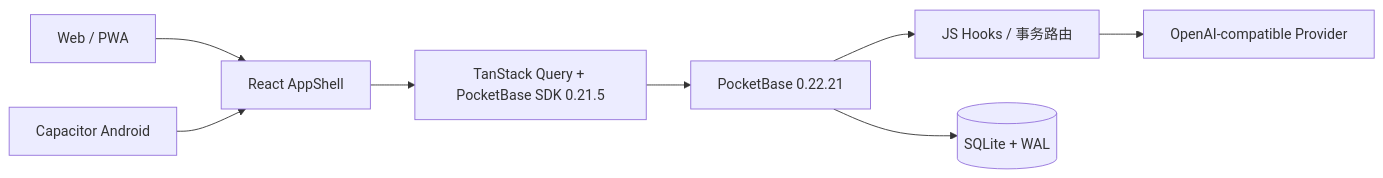
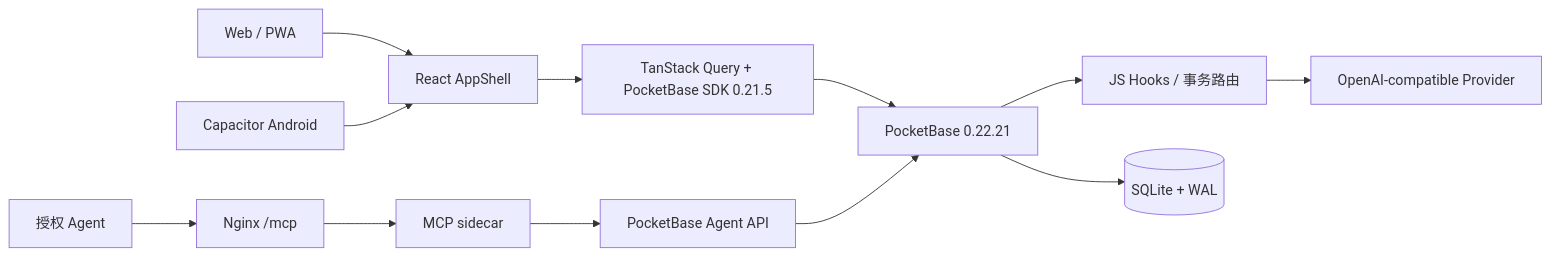
Before and after one commit to gaaiyun/engineering-pms: the diagram in docs/代码架构文档.md, drawn with Mermaid. The commit also changed other lines of this file and 10 other files, not shown here.

````diff
--- a/docs/代码架构文档.md
+++ b/docs/代码架构文档.md
@@ -5,10 +5,14 @@
 ```mermaid
 flowchart LR
   Web[Web / PWA] --> App[React AppShell]
   Android[Capacitor Android] --> App
   App --> Query[TanStack Query + PocketBase SDK 0.21.5]
   Query --> PB[PocketBase 0.22.21]
+  Agent[授权 Agent] --> Nginx[Nginx /mcp]
+  Nginx --> MCP[MCP sidecar]
+  MCP --> AgentAPI[PocketBase Agent API]
+  AgentAPI --> PB
   PB --> Hooks[JS Hooks / 事务路由]
   PB --> DB[(SQLite + WAL)]
   Hooks --> LLM[OpenAI-compatible Provider]
 ```
````
